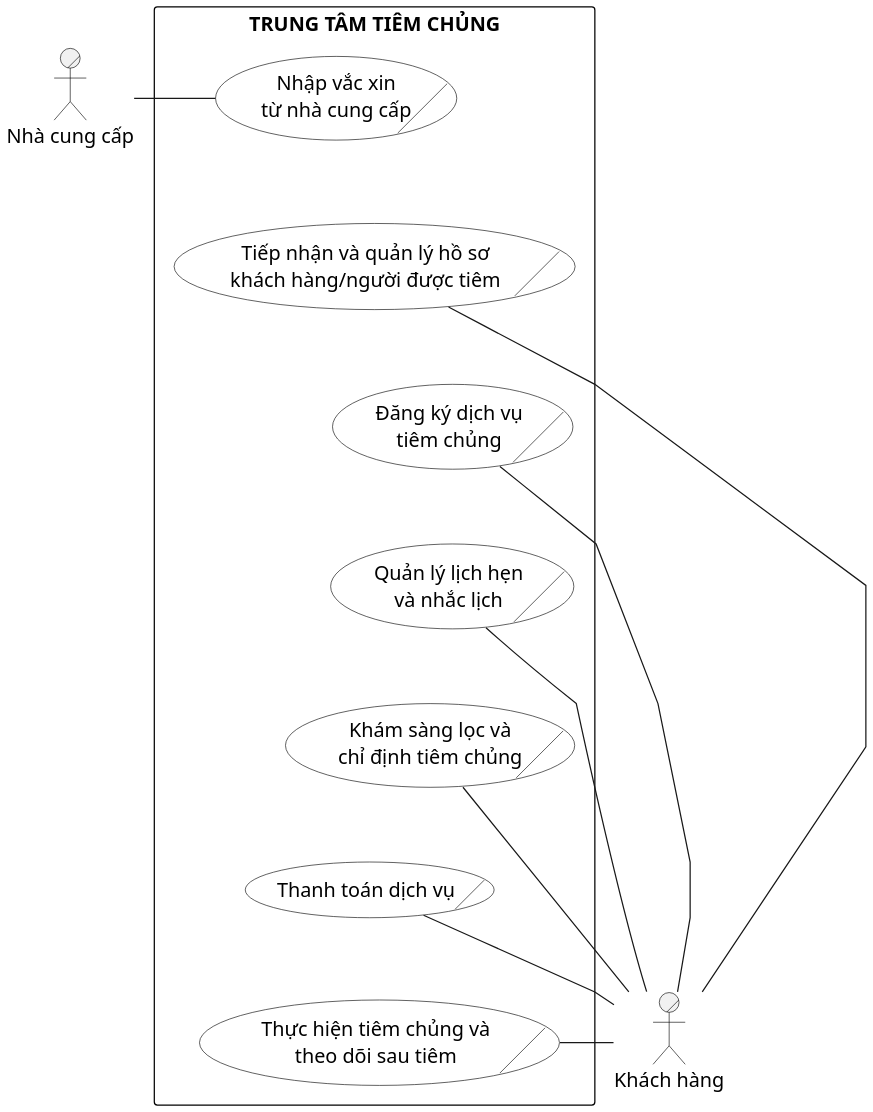
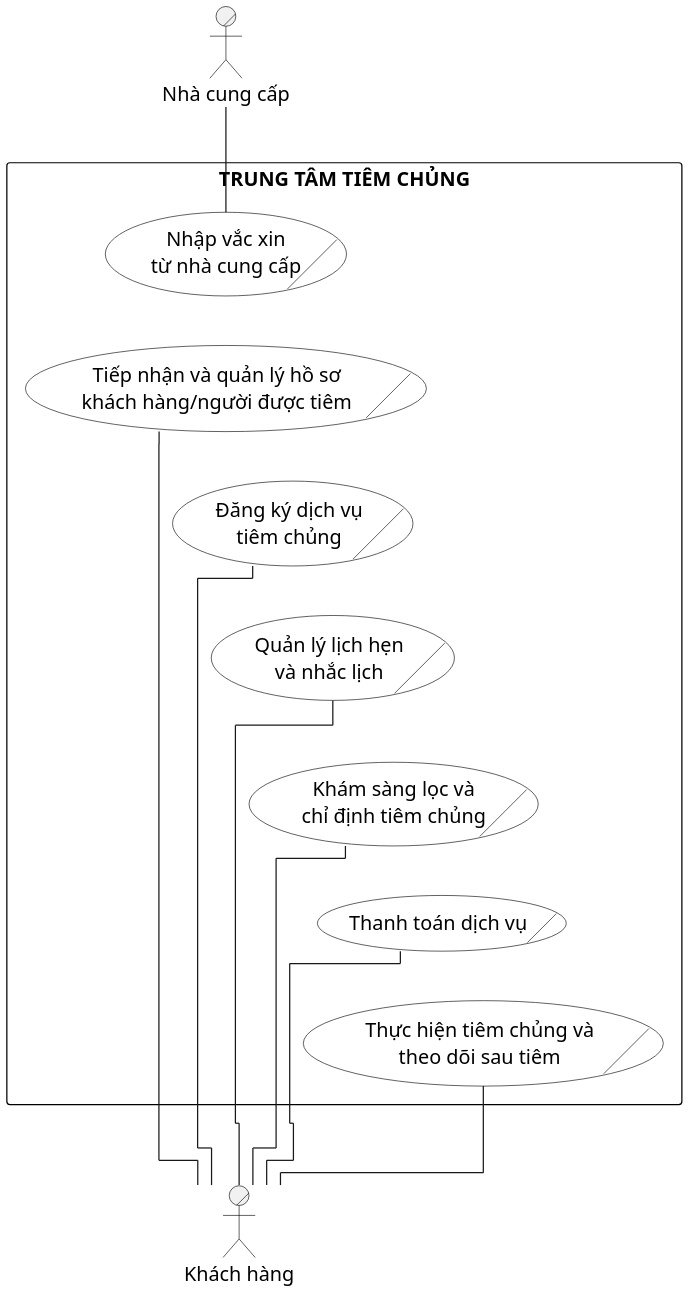
The diagram in docs/thesis/uml/Hinh_2_1_Business_Use_Case_Tong_The.puml (datngo1203/KLCN-QuanLyTiemChung), drawn with PlantUML before and after one commit.

Commit message:
docs: test ELK layout for business use case

```diff
--- a/docs/thesis/uml/Hinh_2_1_Business_Use_Case_Tong_The.puml
+++ b/docs/thesis/uml/Hinh_2_1_Business_Use_Case_Tong_The.puml
@@ -1,47 +1,47 @@
 @startuml
+!pragma layout elk
 ' HUIT UML Visual Profile v1
 skinparam monochrome true
 skinparam shadowing false
 skinparam backgroundColor white
 skinparam defaultFontName "Times New Roman"
 skinparam defaultFontSize 16
 skinparam ActorBorderColor black
 skinparam UsecaseBorderColor black
 skinparam UsecaseBackgroundColor white
 skinparam RectangleBorderColor black
 skinparam RectangleBackgroundColor white
-skinparam linetype polyline
 skinparam dpi 180
 
 top to bottom direction
 
 actor/ "Nhà cung cấp" as Supplier
 actor/ "Khách hàng" as Customer
 
 rectangle "TRUNG TÂM TIÊM CHỦNG" as BusinessBoundary {
   usecase/ "Nhập vắc xin\ntừ nhà cung cấp" as BUC1
   usecase/ "Tiếp nhận và quản lý hồ sơ\nkhách hàng/người được tiêm" as BUC2
   usecase/ "Đăng ký dịch vụ\ntiêm chủng" as BUC3
   usecase/ "Quản lý lịch hẹn\nvà nhắc lịch" as BUC4
   usecase/ "Khám sàng lọc và\nchỉ định tiêm chủng" as BUC5
   usecase/ "Thanh toán dịch vụ" as BUC6
   usecase/ "Thực hiện tiêm chủng và\ntheo dõi sau tiêm" as BUC7
 
   BUC1 -[hidden]down- BUC2
   BUC2 -[hidden]down- BUC3
   BUC3 -[hidden]down- BUC4
   BUC4 -[hidden]down- BUC5
   BUC5 -[hidden]down- BUC6
   BUC6 -[hidden]down- BUC7
 }
 
 Supplier -right- BUC1
 Customer -left- BUC2
 Customer -left- BUC3
 Customer -left- BUC4
 Customer -left- BUC5
 Customer -left- BUC6
 Customer -left- BUC7
 BUC4 -[hidden]right- Customer
 
 @enduml
```
